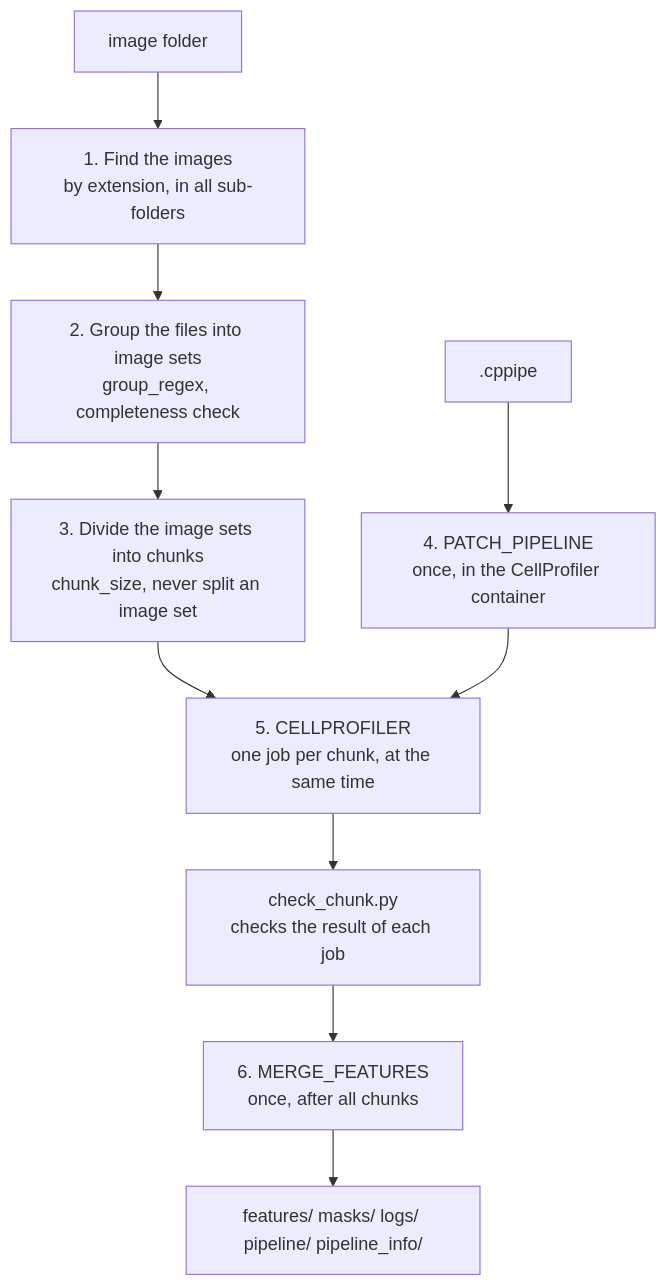
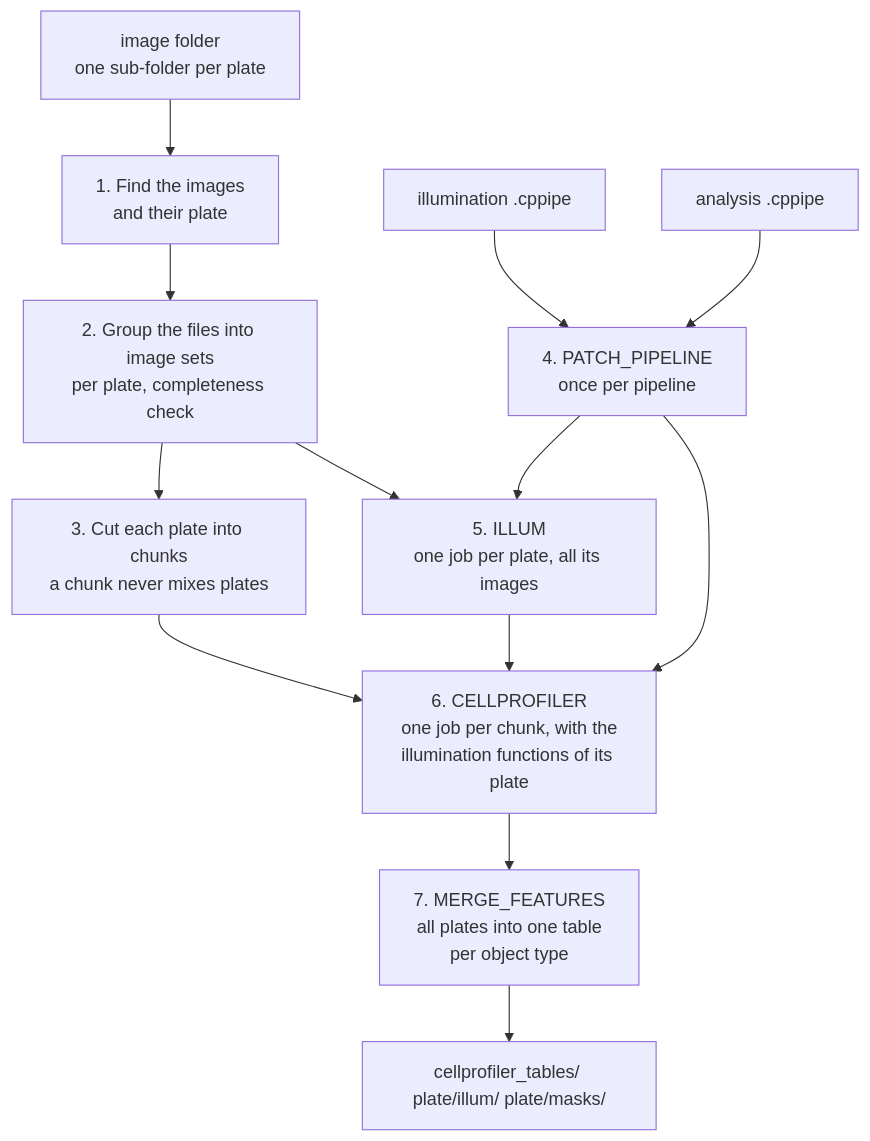
One commit to mirandaresearchlab/headless-cp-wf changed the diagram in docs/explanation/workflow.md. Above: the diagram before and after it, drawn with Mermaid. The commit also changed other lines of this file and 57 other files, not shown here.

````diff
--- a/docs/explanation/workflow.md
+++ b/docs/explanation/workflow.md
@@ -6,12 +6,15 @@
 ```mermaid
 flowchart TD
-  I[image folder] --> S1[1. Find the images<br/>by extension, in all sub-folders]
-  S1 --> S2[2. Group the files into image sets<br/>group_regex, completeness check]
-  S2 --> S3[3. Divide the image sets into chunks<br/>chunk_size, never split an image set]
-  P[.cppipe] --> S4[4. PATCH_PIPELINE<br/>once, in the CellProfiler container]
-  S3 --> S5[5. CELLPROFILER<br/>one job per chunk, at the same time]
+  I[image folder<br/>one sub-folder per plate] --> S1[1. Find the images<br/>and their plate]
+  S1 --> S2[2. Group the files into image sets<br/>per plate, completeness check]
+  S2 --> S3[3. Cut each plate into chunks<br/>a chunk never mixes plates]
+  P1[illumination .cppipe] --> S4[4. PATCH_PIPELINE<br/>once per pipeline]
+  P2[analysis .cppipe] --> S4
+  S2 --> S5[5. ILLUM<br/>one job per plate, all its images]
   S4 --> S5
-  S5 --> C[check_chunk.py<br/>checks the result of each job]
-  C --> S6[6. MERGE_FEATURES<br/>once, after all chunks]
-  S6 --> O[features/ masks/ logs/ pipeline/ pipeline_info/]
+  S3 --> S6[6. CELLPROFILER<br/>one job per chunk, with the<br/>illumination functions of its plate]
+  S5 --> S6
+  S4 --> S6
+  S6 --> S7[7. MERGE_FEATURES<br/>all plates into one table<br/>per object type]
+  S7 --> O[cellprofiler_tables/ plate/illum/ plate/masks/]
 ```
````
